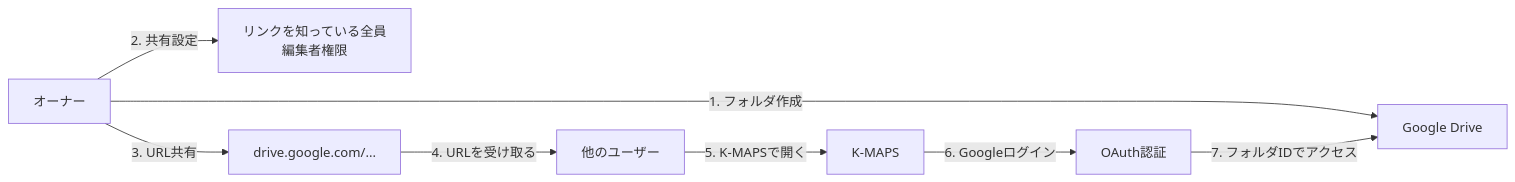
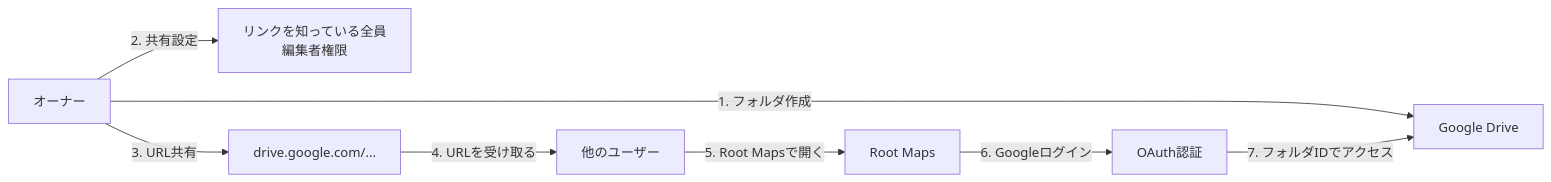
One commit to Torch-Katsuragi/k-rootmap changed the eighth of 8 diagrams in docs/features/google-drive.md. Above: the diagram before and after it, drawn with Mermaid. The commit also changed other lines of this file and 177 other files, not shown here.

Commit message:
feat: アプリ名を K-RootMap にリブランディング (パッケージ名 root_maps, クラス名・UI・全プラットフォーム対応)

````diff
--- a/docs/features/google-drive.md
+++ b/docs/features/google-drive.md
@@ -717,10 +717,10 @@
 ```mermaid
 flowchart LR
     Owner[オーナー] --> |1. フォルダ作成| Drive[Google Drive]
     Owner --> |2. 共有設定| Share[リンクを知っている全員<br/>編集者権限]
     Owner --> |3. URL共有| URL[drive.google.com/...]
     URL --> |4. URLを受け取る| User[他のユーザー]
-    User --> |5. K-MAPSで開く| App[K-MAPS]
+    User --> |5. Root Mapsで開く| App[Root Maps]
     App --> |6. Googleログイン| Auth[OAuth認証]
     Auth --> |7. フォルダIDでアクセス| Drive
 ```
````
